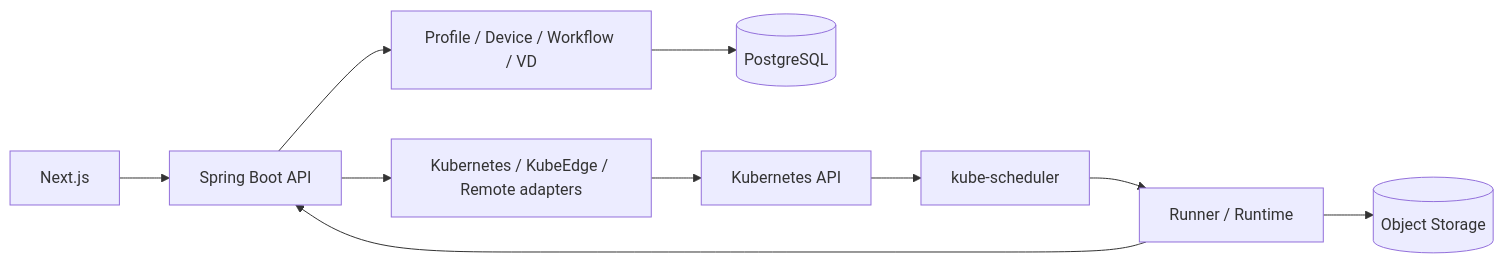
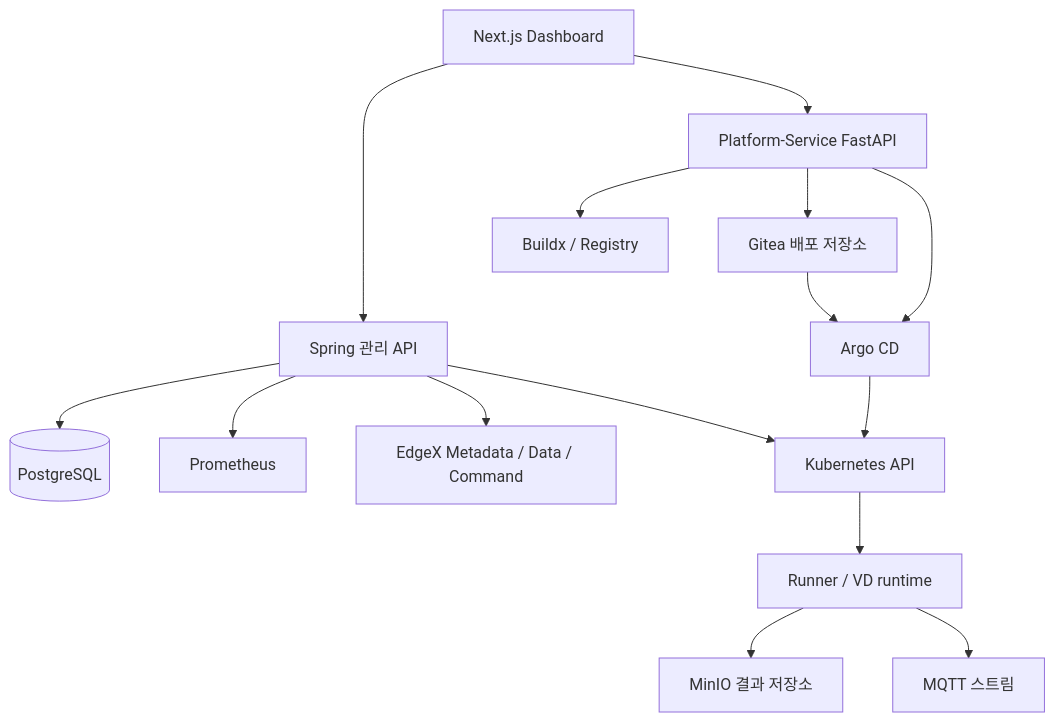
The diagram in docs/architecture/architecture.md (dsa04156/edgeai), drawn with Mermaid before and after one commit. The commit also changed other lines of this file and 312 other files, not shown here.

````diff
--- a/docs/architecture/architecture.md
+++ b/docs/architecture/architecture.md
@@ -6,12 +8,17 @@
 ```mermaid
-flowchart LR
-  UI[Next.js] --> API[Spring Boot API]
-  API --> DOMAIN[Profile / Device / Workflow / VD]
-  DOMAIN --> PG[(PostgreSQL)]
-  API --> ADAPTER[Kubernetes / KubeEdge / Remote adapters]
-  ADAPTER --> K[Kubernetes API]
-  K --> S[kube-scheduler]
-  S --> R[Runner / Runtime]
-  R --> O[(Object Storage)]
-  R --> API
+flowchart TB
+  UI[Next.js Dashboard] --> API[Spring 관리 API]
+  API --> DB[(PostgreSQL)]
+  API --> PROM[Prometheus]
+  API --> EX[EdgeX Metadata / Data / Command]
+  API --> K[Kubernetes API]
+  K --> RUN[Runner / VD runtime]
+  RUN --> OBJ[MinIO 결과 저장소]
+  RUN --> MQTT[MQTT 스트림]
+  UI --> PS[Platform-Service FastAPI]
+  PS --> BX[Buildx / Registry]
+  PS --> GIT[Gitea 배포 저장소]
+  PS --> ARGO[Argo CD]
+  GIT --> ARGO
+  ARGO --> K
 ```
````
